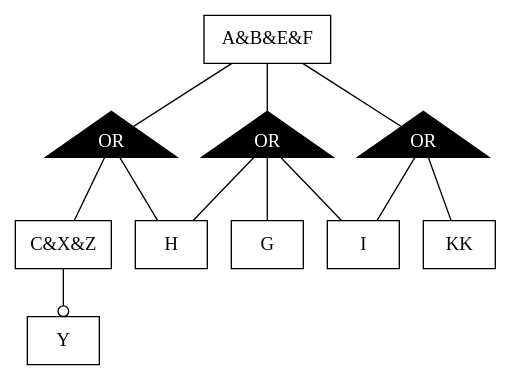
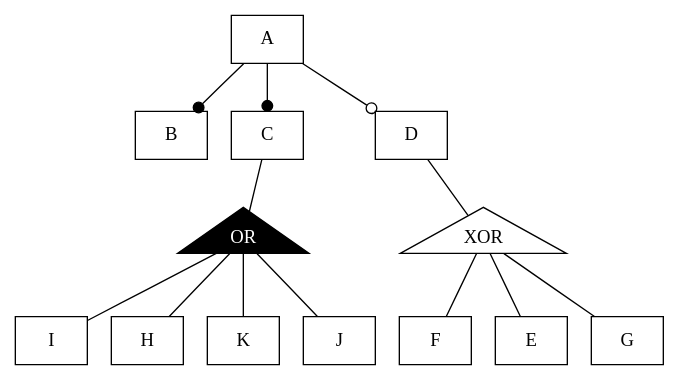
The diagram in FAMILIAR/output/fm1.dot (FAMILIAR-project/familiar-language), drawn with Graphviz before and after one commit. The commit also changed 1320 other files, not shown here.

```diff
--- a/FAMILIAR/output/fm1.dot
+++ b/FAMILIAR/output/fm1.dot
@@ -1,26 +1,30 @@
-digraph fm {
+digraph fm1 {
 graph [rankdir=TB];
 node [shape=box];
 edge [arrowhead=normal];
-92[label="C&X&Z",]
-93[label="A&B&E&F",]
-94[label="I",]
-95[label="H",]
-97[label="Y",]
-98[label="KK",]
-100[label="G",]
-102[label="OR",shape="triangle",style="filled",color="black",fontcolor="white"]
-93->102[arrowhead=none];
-102->94[arrowhead=none];
-102->98[arrowhead=none];
-103[label="OR",shape="triangle",style="filled",color="black",fontcolor="white"]
-93->103[arrowhead=none];
-103->92[arrowhead=none];
-103->95[arrowhead=none];
-92->97[arrowhead=odot];
-104[label="OR",shape="triangle",style="filled",color="black",fontcolor="white"]
-93->104[arrowhead=none];
-104->94[arrowhead=none];
-104->95[arrowhead=none];
-104->100[arrowhead=none];
+30[label="I",]
+31[label="H",]
+32[label="B",]
+33[label="K",]
+34[label="C",]
+35[label="F",]
+36[label="J",]
+37[label="A",]
+38[label="D",]
+40[label="E",]
+42[label="G",]
+37->38[arrowhead=odot];
+44[label="XOR",shape="triangle",width=0.3]
+38->44[arrowhead=none];
+44->40[arrowhead=none];
+44->35[arrowhead=none];
+44->42[arrowhead=none];
+45[label="OR",shape="triangle",style="filled",color="black",fontcolor="white"]
+34->45[arrowhead=none];
+45->36[arrowhead=none];
+45->30[arrowhead=none];
+45->31[arrowhead=none];
+45->33[arrowhead=none];
+37->32[arrowhead=dot];
+37->34[arrowhead=dot];
 }
```
